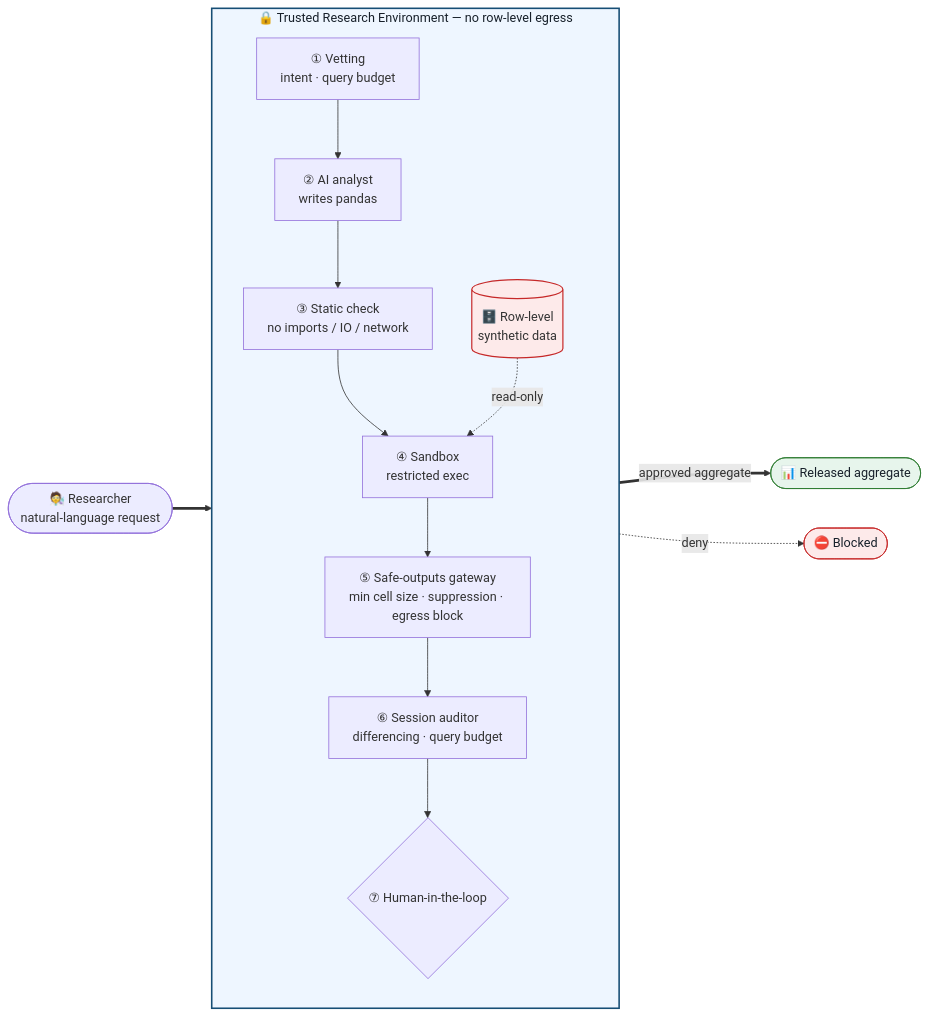
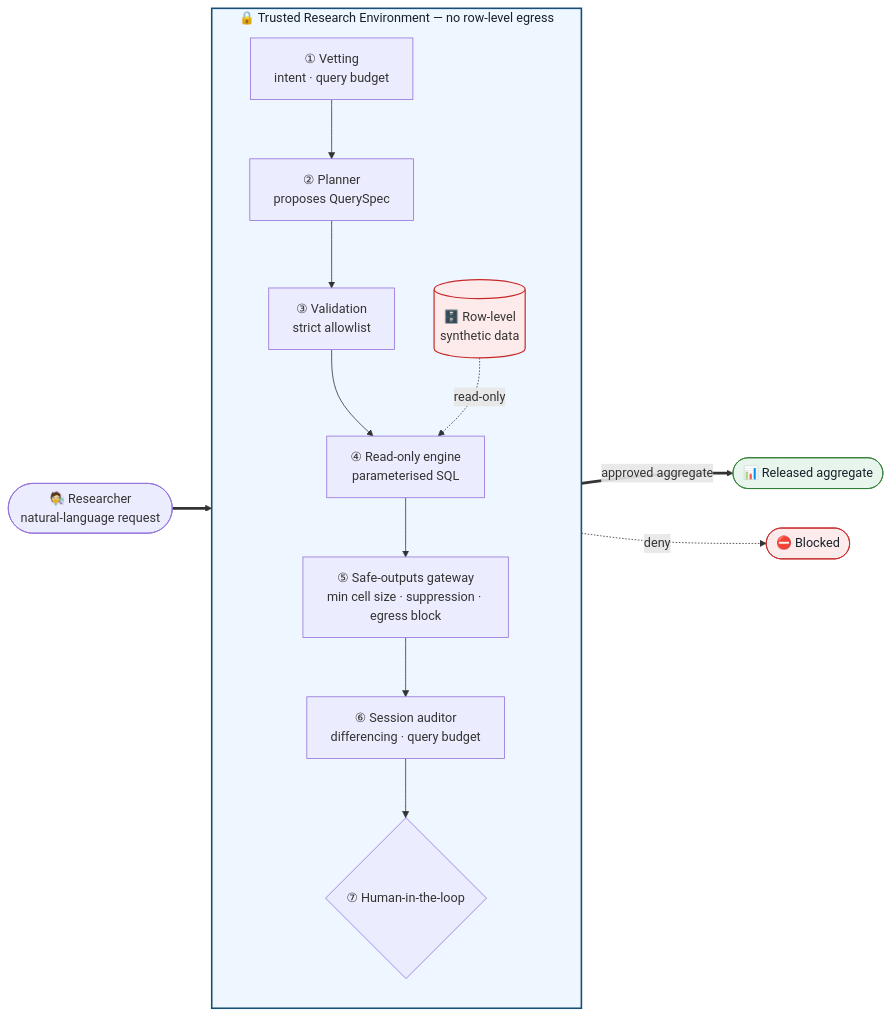
Before and after one commit to wadelab/safe-tre-agent: the first of 3 diagrams in docs/writeup.md, drawn with Mermaid. The commit also changed other lines of this file and 23 other files, not shown here.

````diff
--- a/docs/writeup.md
+++ b/docs/writeup.md
@@ -38,23 +39,23 @@
 ```mermaid
 flowchart LR
     R(["🧑‍🔬 Researcher<br/>natural-language request"]) ==> V
 
     subgraph TRE["🔒 Trusted Research Environment — no row-level egress"]
         direction TB
-        V["① Vetting<br/>intent · query budget"] --> AG["② AI analyst<br/>writes pandas"]
-        AG --> SC["③ Static check<br/>no imports / IO / network"]
-        SC --> SB["④ Sandbox<br/>restricted exec"]
-        DATA[("🗄️ Row-level<br/>synthetic data")] -. read-only .-> SB
-        SB --> GW["⑤ Safe-outputs gateway<br/>min cell size · suppression · egress block"]
+        V["① Vetting<br/>intent · query budget"] --> AG["② Planner<br/>proposes QuerySpec"]
+        AG --> QS["③ Validation<br/>strict allowlist"]
+        QS --> ENG["④ Read-only engine<br/>parameterised SQL"]
+        DATA[("🗄️ Row-level<br/>synthetic data")] -. read-only .-> ENG
+        ENG --> GW["⑤ Safe-outputs gateway<br/>min cell size · suppression · egress block"]
         GW --> AU["⑥ Session auditor<br/>differencing · query budget"]
         AU --> H{"⑦ Human-in-the-loop"}
     end
 
     H ==>|"approved aggregate"| OUT(["📊 Released aggregate"])
     H -.->|"deny"| X(["⛔ Blocked"])
 
     style TRE fill:#eef6ff,stroke:#164e75,stroke-width:2px,color:#17202A
     style DATA fill:#fdeaea,stroke:#c62828,stroke-width:1.5px
     style OUT fill:#e7f5ec,stroke:#2e7d32,color:#17202A
     style X fill:#fdeaea,stroke:#c62828,color:#17202A
 ```
````
